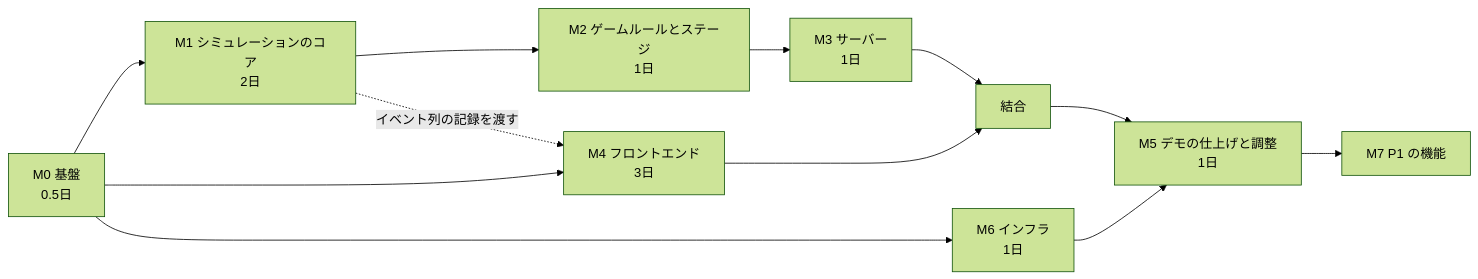
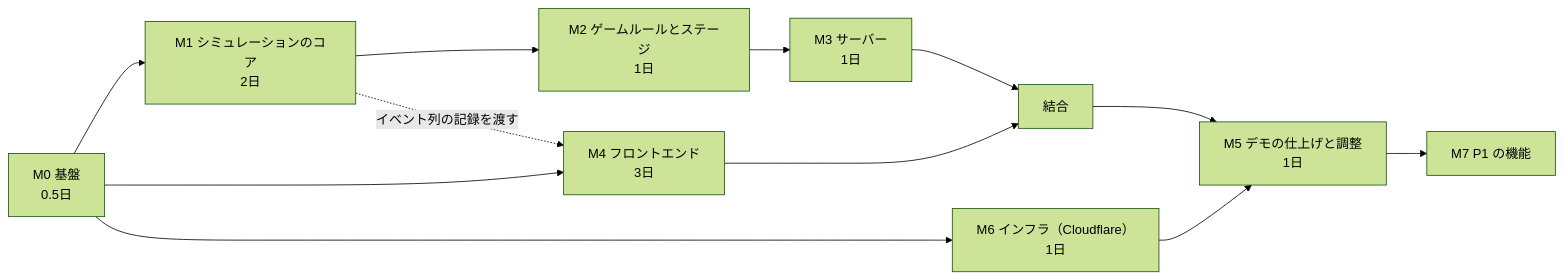
The diagram in docs/08-implementation-plan.md (K-Kizuku/raft-game), drawn with Mermaid (forest theme) before and after one commit. The commit also changed other lines of this file and 30 other files, not shown here.

````diff
--- a/docs/08-implementation-plan.md
+++ b/docs/08-implementation-plan.md
@@ -14,14 +15,14 @@
 ```mermaid
 flowchart LR
     M0[M0 基盤<br/>0.5日] --> M1[M1 シミュレーションのコア<br/>2日]
     M1 --> M2[M2 ゲームルールとステージ<br/>1日]
     M2 --> M3[M3 サーバー<br/>1日]
     M0 --> M4[M4 フロントエンド<br/>3日]
     M1 -. イベント列の記録を渡す .-> M4
     M3 --> I[結合]
     M4 --> I
     I --> M5[M5 デモの仕上げと調整<br/>1日]
-    M0 --> M6[M6 インフラ<br/>1日]
+    M0 --> M6[M6 インフラ（Cloudflare）<br/>1日]
     M6 --> M5
     M5 --> M7[M7 P1 の機能]
 ```
````
